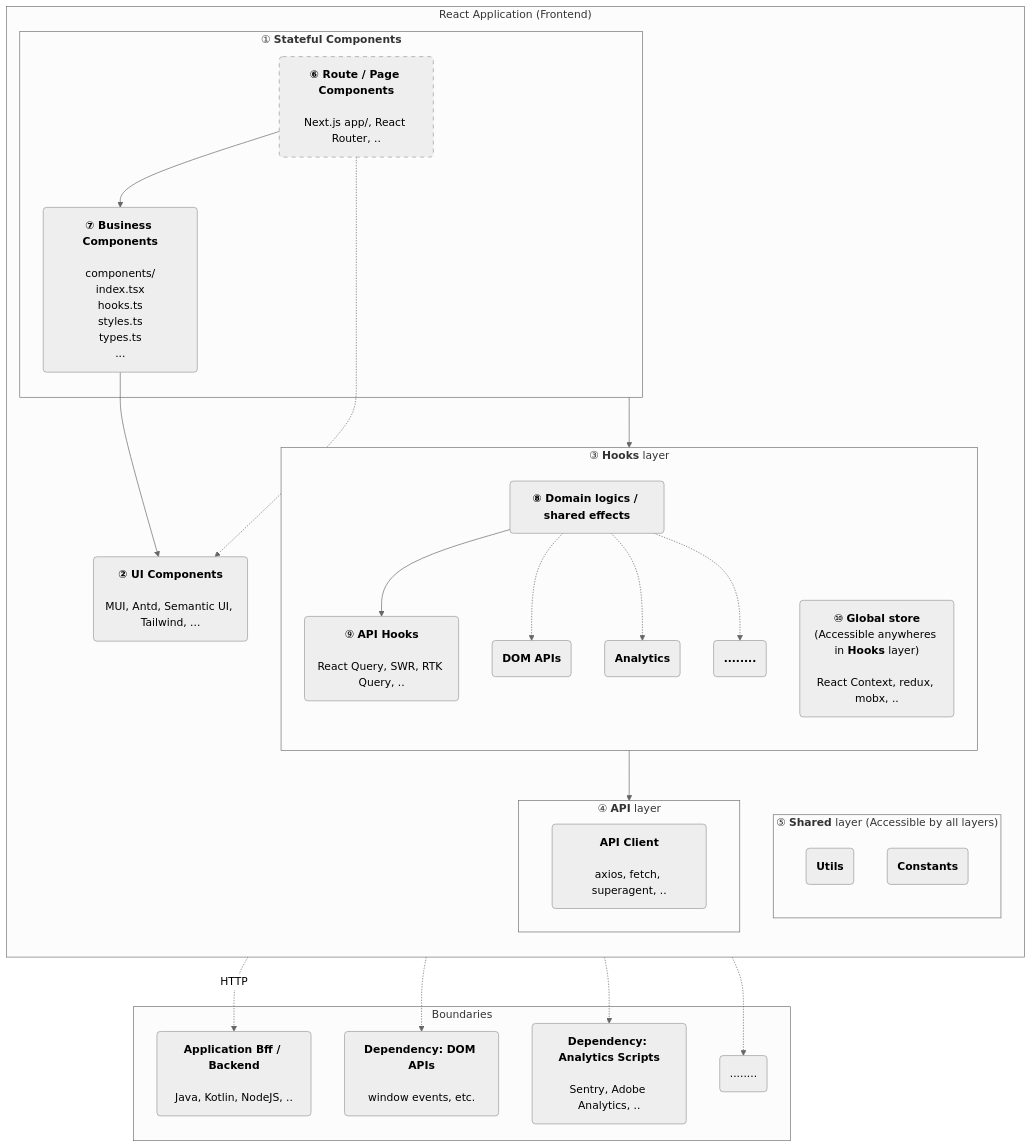
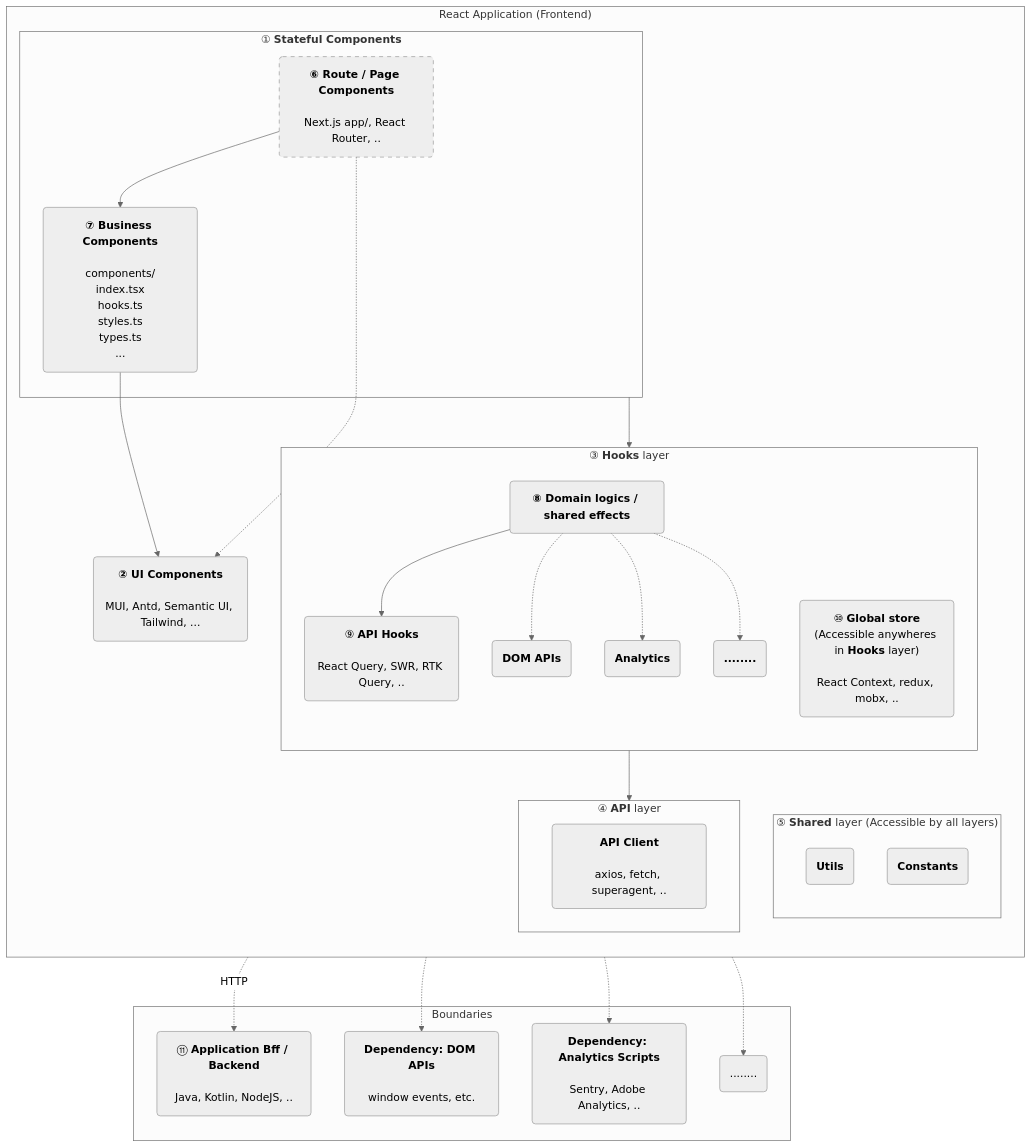
The second of 3 diagrams in _posts/2023-12-10-react-unit-testing-best-practices.md (EthanLin-TWer/blog), drawn with Mermaid (neutral theme) before and after one commit. The commit also changed other lines of this file, not shown here.

```diff
--- a/_posts/2023-12-10-react-unit-testing-best-practices.md
+++ b/_posts/2023-12-10-react-unit-testing-best-practices.md
@@ -117,7 +117,7 @@
   constants(<b>Constants</b>)
   
   %% definition: outside of boundaries
-  bff(<b>Application Bff / Backend</b><br/><br/>Java, Kotlin, NodeJS, ..)
+  bff("⑪ <b>Application Bff / Backend</b><br/><br/>Java, Kotlin, NodeJS, ..")
   deps_dom_apis(<b>Dependency: DOM APIs</b><br/><br/>window events, etc.)
   deps_analytics(<b>Dependency: Analytics Scripts</b><br/><br/>Sentry, Adobe Analytics, ..)
         
```
